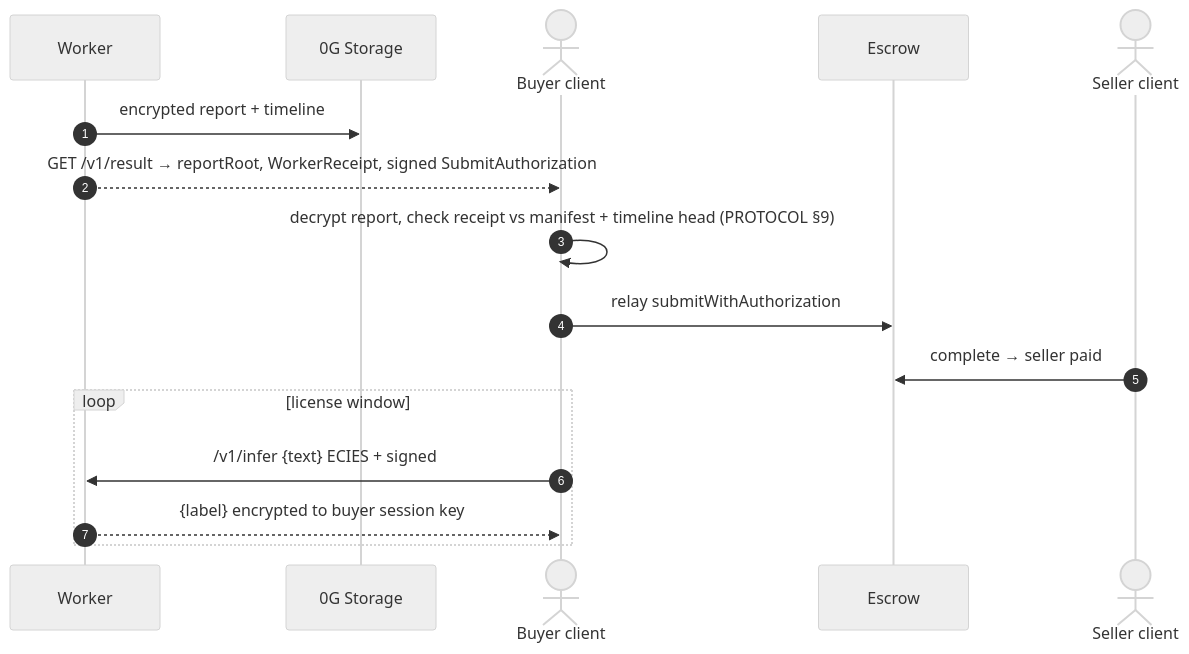
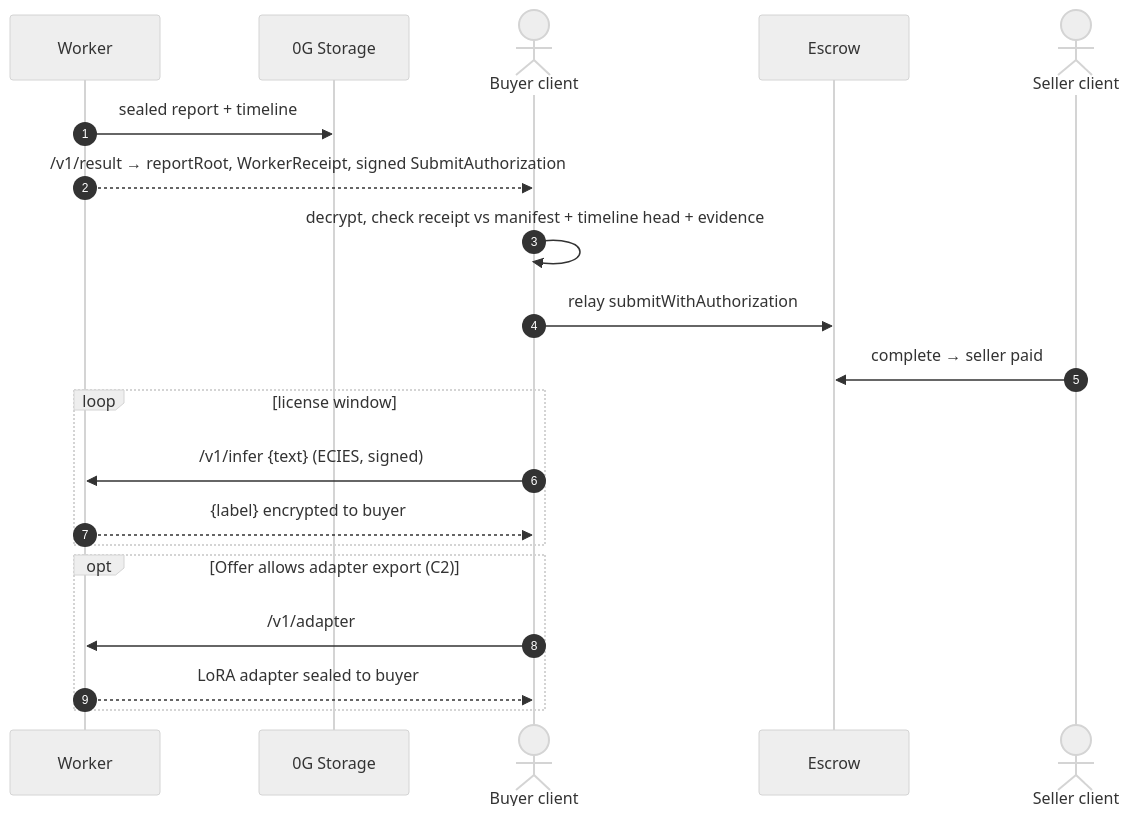
One commit to Soni-Shivam/Pivot_HTE changed the tenth of 16 diagrams in docs/ARCHITECTURE.md. Above: the diagram before and after it, drawn with Mermaid (neutral theme). The commit also changed other lines of this file and 7 other files, not shown here.

````diff
--- a/docs/ARCHITECTURE.md
+++ b/docs/ARCHITECTURE.md
@@ -281,18 +275,22 @@
 ```mermaid
 sequenceDiagram
     autonumber
     participant W as Worker
     participant ST as 0G Storage
     actor B as Buyer client
     participant E as Escrow
     actor S as Seller client
-    W->>ST: encrypted report + timeline
-    W-->>B: GET /v1/result → reportRoot, WorkerReceipt, signed SubmitAuthorization
-    B->>B: decrypt report, check receipt vs manifest + timeline head (PROTOCOL §9)
+    W->>ST: sealed report + timeline
+    W-->>B: /v1/result → reportRoot, WorkerReceipt, signed SubmitAuthorization
+    B->>B: decrypt, check receipt vs manifest + timeline head + evidence
     B->>E: relay submitWithAuthorization
     S->>E: complete → seller paid
     loop license window
-        B->>W: /v1/infer {text} ECIES + signed
-        W-->>B: {label} encrypted to buyer session key
+        B->>W: /v1/infer {text} (ECIES, signed)
+        W-->>B: {label} encrypted to buyer
+    end
+    opt Offer allows adapter export (C2)
+        B->>W: /v1/adapter
+        W-->>B: LoRA adapter sealed to buyer
     end
 ```
````
